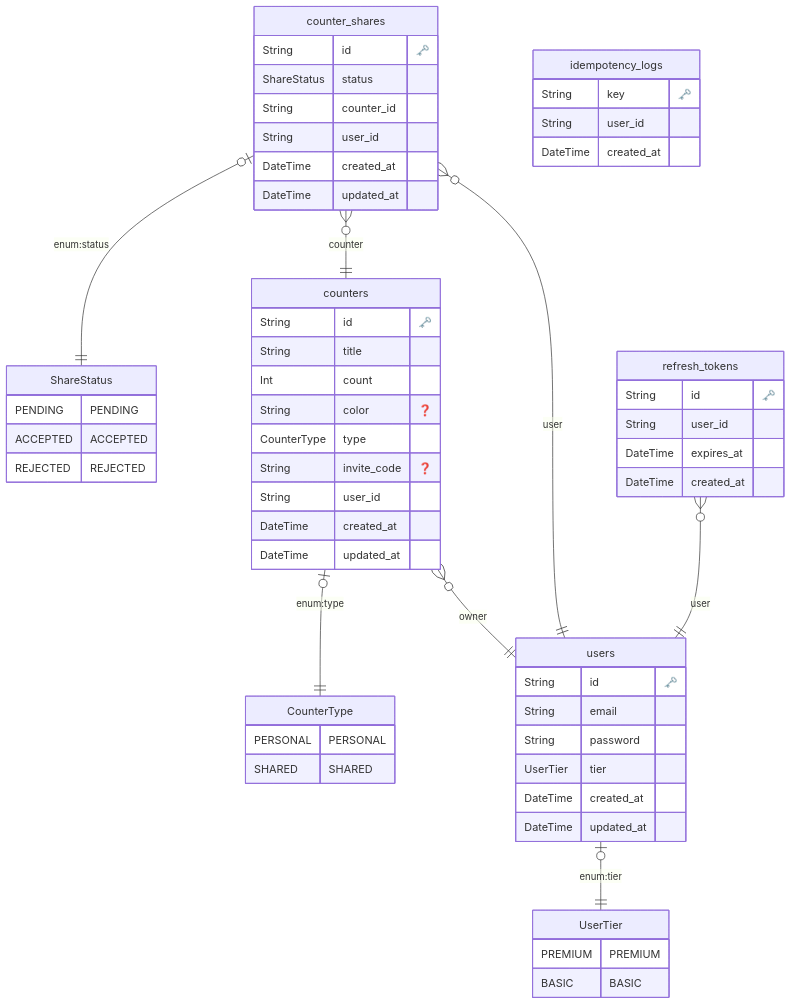
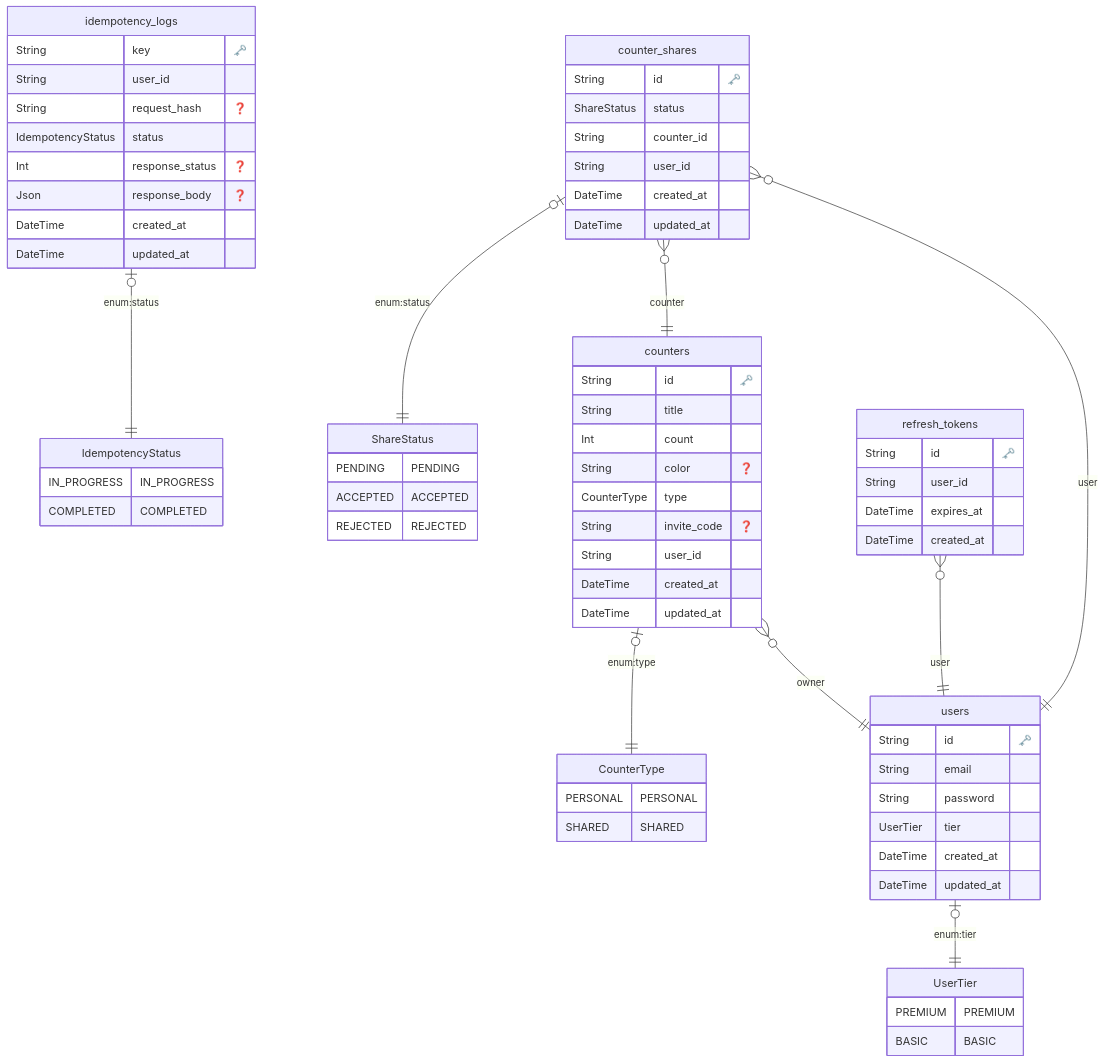
One commit to michaelgreenl/tally-tracker changed the diagram in docs/diagrams/architecture/ERD.md. Above: the diagram before and after it, drawn with Mermaid. The commit also changed 14 other files, not shown here.

Commit message:
fix: make counter idempotency transactional

````diff
--- a/docs/diagrams/architecture/ERD.md
+++ b/docs/diagrams/architecture/ERD.md
@@ -5,7 +5,7 @@
             PERSONAL PERSONAL
 SHARED SHARED
         }
-    
+
 
 
         ShareStatus {
@@ -13,66 +13,79 @@
 ACCEPTED ACCEPTED
 REJECTED REJECTED
         }
-    
+
+
+
+        IdempotencyStatus {
+            IN_PROGRESS IN_PROGRESS
+COMPLETED COMPLETED
+        }
+
 
 
         UserTier {
             PREMIUM PREMIUM
 BASIC BASIC
         }
-    
+
   "counters" {
     String id "🗝️"
-    String title 
-    Int count 
+    String title
+    Int count
     String color "❓"
-    CounterType type 
+    CounterType type
     String invite_code "❓"
-    String user_id 
-    DateTime created_at 
-    DateTime updated_at 
+    String user_id
+    DateTime created_at
+    DateTime updated_at
     }
-  
+
 
   "counter_shares" {
     String id "🗝️"
-    ShareStatus status 
-    String counter_id 
-    String user_id 
-    DateTime created_at 
-    DateTime updated_at 
+    ShareStatus status
+    String counter_id
+    String user_id
+    DateTime created_at
+    DateTime updated_at
     }
-  
+
 
   "idempotency_logs" {
     String key "🗝️"
-    String user_id 
-    DateTime created_at 
+    String user_id
+    String request_hash "❓"
+    IdempotencyStatus status
+    Int response_status "❓"
+    Json response_body "❓"
+    DateTime created_at
+    DateTime updated_at
     }
-  
+
 
   "refresh_tokens" {
     String id "🗝️"
-    String user_id 
-    DateTime expires_at 
-    DateTime created_at 
+    String user_id
+    DateTime expires_at
+    DateTime created_at
     }
-  
+
 
   "users" {
     String id "🗝️"
-    String email 
-    String password 
-    UserTier tier 
-    DateTime created_at 
-    DateTime updated_at 
+    String email
+    String password
+    UserTier tier
+    DateTime created_at
+    DateTime updated_at
     }
-  
+
     "counters" |o--|| "CounterType" : "enum:type"
     "counters" }o--|| users : "owner"
     "counter_shares" |o--|| "ShareStatus" : "enum:status"
     "counter_shares" }o--|| counters : "counter"
     "counter_shares" }o--|| users : "user"
+    "idempotency_logs" |o--|| "IdempotencyStatus" : "enum:status"
     "refresh_tokens" }o--|| users : "user"
     "users" |o--|| "UserTier" : "enum:tier"
 ```
````
